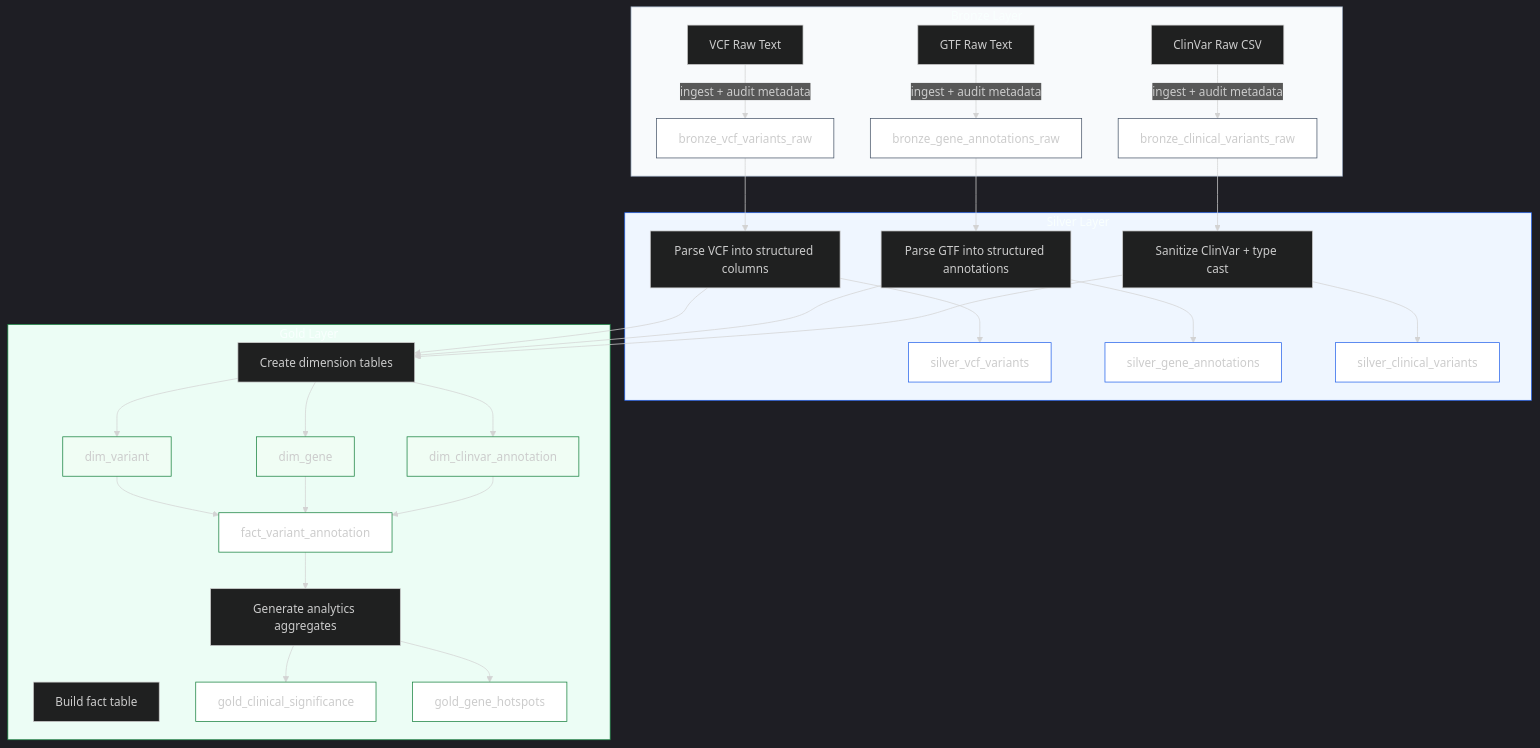
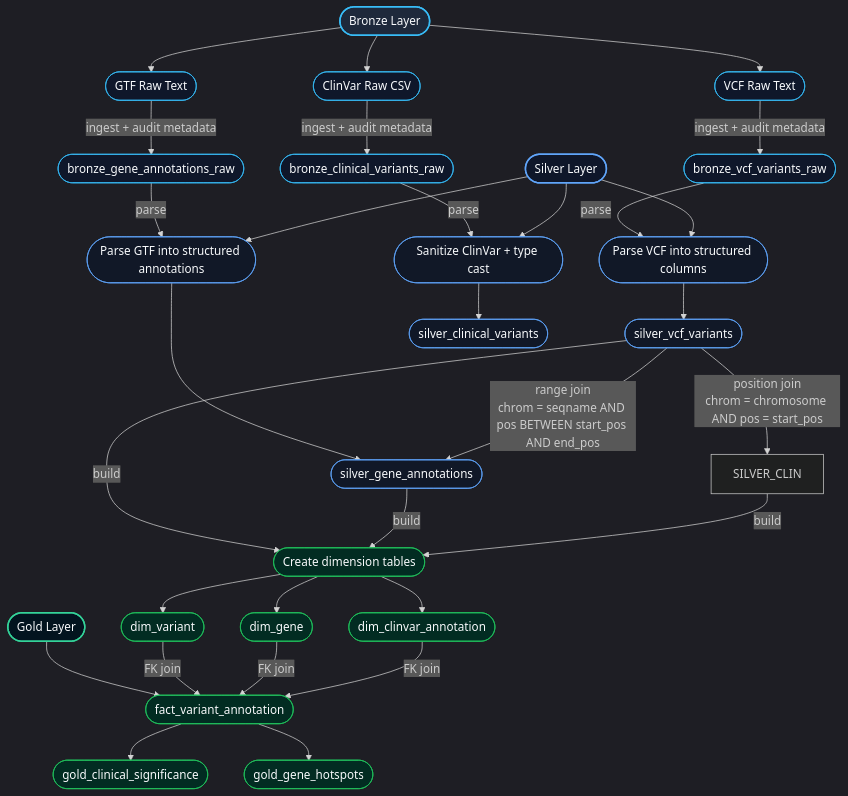
Before and after one commit to Manasa0512/Databricks: the first of 3 diagrams in pipeline_diagram.md, drawn with Mermaid.

````diff
--- a/pipeline_diagram.md
+++ b/pipeline_diagram.md
@@ -15,60 +15,71 @@
 ```mermaid
 %%{init: {"theme":"dark"}}%%
 flowchart TD
-    subgraph Bronze[Bronze Layer]
-      B1[VCF Raw Text]
-      B2[GTF Raw Text]
-      B3[ClinVar Raw CSV]
-      B1 -->|ingest + audit metadata| BRONZE_VCF[bronze_vcf_variants_raw]
-      B2 -->|ingest + audit metadata| BRONZE_GTF[bronze_gene_annotations_raw]
-      B3 -->|ingest + audit metadata| BRONZE_CLINVAR[bronze_clinical_variants_raw]
-    end
+  classDef bronzeSection fill:#1e293b,stroke:#38bdf8,color:#f8fafc,stroke-width:2px;
+  classDef silverSection fill:#0f172a,stroke:#60a5fa,color:#f8fafc,stroke-width:2px;
+  classDef goldSection fill:#03141f,stroke:#34d399,color:#f8fafc,stroke-width:2px;
+  classDef bronzeNode fill:#0f172a,stroke:#38bdf8,color:#f8fafc,stroke-width:1px;
+  classDef silverNode fill:#111827,stroke:#60a5fa,color:#f8fafc,stroke-width:1px;
+  classDef goldNode fill:#022c22,stroke:#22c55e,color:#f8fafc,stroke-width:1px;
 
-    subgraph Silver[Silver Layer]
-      S1[Parse VCF into structured columns]
-      S2[Parse GTF into structured annotations]
-      S3[Sanitize ClinVar + type cast]
-      S1 --> SILVER_VCF[silver_vcf_variants]
-      S2 --> SILVER_GTF[silver_gene_annotations]
-      S3 --> SILVER_CLINVAR[silver_clinical_variants]
-    end
+  BronzeLabel([Bronze Layer]):::bronzeSection
+  SilverLabel([Silver Layer]):::silverSection
+  GoldLabel([Gold Layer]):::goldSection
 
-    subgraph Gold[Gold Layer]
-      D1[Create dimension tables]
-      F1[Build fact table]
-      A1[Generate analytics aggregates]
-      D1 --> DIM_VARIANT[dim_variant]
-      D1 --> DIM_GENE[dim_gene]
-      D1 --> DIM_CLINVAR[dim_clinvar_annotation]
-      S1 --> D1
-      S2 --> D1
-      S3 --> D1
+  B1([VCF Raw Text]):::bronzeNode
+  B2([GTF Raw Text]):::bronzeNode
+  B3([ClinVar Raw CSV]):::bronzeNode
+  BRONZE_VCF([bronze_vcf_variants_raw]):::bronzeNode
+  BRONZE_GTF([bronze_gene_annotations_raw]):::bronzeNode
+  BRONZE_CLINVAR([bronze_clinical_variants_raw]):::bronzeNode
 
-      DIM_VARIANT --> FACT_VARIANT[fact_variant_annotation]
-      DIM_GENE --> FACT_VARIANT
-      DIM_CLINVAR --> FACT_VARIANT
-      FACT_VARIANT --> A1
-      A1 --> GOLD_CLINICAL[gold_clinical_significance]
-      A1 --> GOLD_HOTSPOTS[gold_gene_hotspots]
-    end
+  S1([Parse VCF into structured columns]):::silverNode
+  S2([Parse GTF into structured annotations]):::silverNode
+  S3([Sanitize ClinVar + type cast]):::silverNode
+  SILVER_VCF([silver_vcf_variants]):::silverNode
+  SILVER_GTF([silver_gene_annotations]):::silverNode
+  SILVER_CLINVAR([silver_clinical_variants]):::silverNode
 
-    BRONZE_VCF --> S1
-    BRONZE_GTF --> S2
-    BRONZE_CLINVAR --> S3
+  D1([Create dimension tables]):::goldNode
+  DIM_VARIANT([dim_variant]):::goldNode
+  DIM_GENE([dim_gene]):::goldNode
+  DIM_CLINVAR([dim_clinvar_annotation]):::goldNode
+  FACT_VARIANT([fact_variant_annotation]):::goldNode
+  GOLD_CLINICAL([gold_clinical_significance]):::goldNode
+  GOLD_HOTSPOTS([gold_gene_hotspots]):::goldNode
 
-    style Bronze fill:#f8fafc,stroke:#94a3b8
-    style Silver fill:#eff6ff,stroke:#2563eb
-    style Gold fill:#ecfdf5,stroke:#15803d
-    style BRONZE_VCF fill:#ffffff,stroke:#475569
-    style BRONZE_GTF fill:#ffffff,stroke:#475569
-    style BRONZE_CLINVAR fill:#ffffff,stroke:#475569
-    style SILVER_VCF fill:#ffffff,stroke:#2563eb
-    style SILVER_GTF fill:#ffffff,stroke:#2563eb
-    style SILVER_CLINVAR fill:#ffffff,stroke:#2563eb
-    style DIM_VARIANT fill:#f0fdf4,stroke:#15803d
-    style DIM_GENE fill:#f0fdf4,stroke:#15803d
-    style DIM_CLINVAR fill:#f0fdf4,stroke:#15803d
-    style FACT_VARIANT fill:#ffffff,stroke:#15803d
-    style GOLD_CLINICAL fill:#ffffff,stroke:#15803d
-    style GOLD_HOTSPOTS fill:#ffffff,stroke:#15803d
+  BronzeLabel --> B1
+  BronzeLabel --> B2
+  BronzeLabel --> B3
+  B1 -->|ingest + audit metadata| BRONZE_VCF
+  B2 -->|ingest + audit metadata| BRONZE_GTF
+  B3 -->|ingest + audit metadata| BRONZE_CLINVAR
+
+  BRONZE_VCF -->|parse| S1
+  BRONZE_GTF -->|parse| S2
+  BRONZE_CLINVAR -->|parse| S3
+
+  SilverLabel --> S1
+  SilverLabel --> S2
+  SilverLabel --> S3
+  S1 --> SILVER_VCF
+  S2 --> SILVER_GTF
+  S3 --> SILVER_CLINVAR
+
+  SILVER_VCF -->|range join\nchrom = seqname AND pos BETWEEN start_pos AND end_pos| SILVER_GTF
+  SILVER_VCF -->|position join\nchrom = chromosome AND pos = start_pos| SILVER_CLIN
+
+  SILVER_VCF -->|build| D1
+  SILVER_GTF -->|build| D1
+  SILVER_CLIN -->|build| D1
+  D1 --> DIM_VARIANT
+  D1 --> DIM_GENE
+  D1 --> DIM_CLINVAR
+
+  GoldLabel --> FACT_VARIANT
+  DIM_VARIANT -->|FK join| FACT_VARIANT
+  DIM_GENE -->|FK join| FACT_VARIANT
+  DIM_CLINVAR -->|FK join| FACT_VARIANT
+  FACT_VARIANT --> GOLD_CLINICAL
+  FACT_VARIANT --> GOLD_HOTSPOTS
 ```
````
